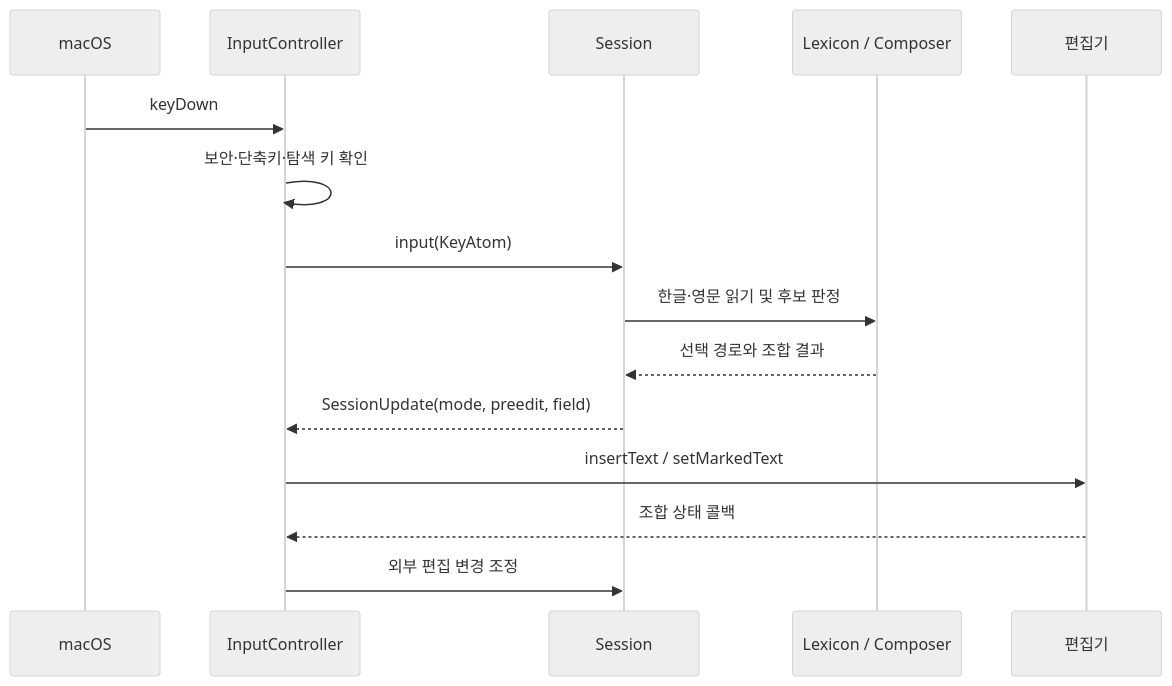
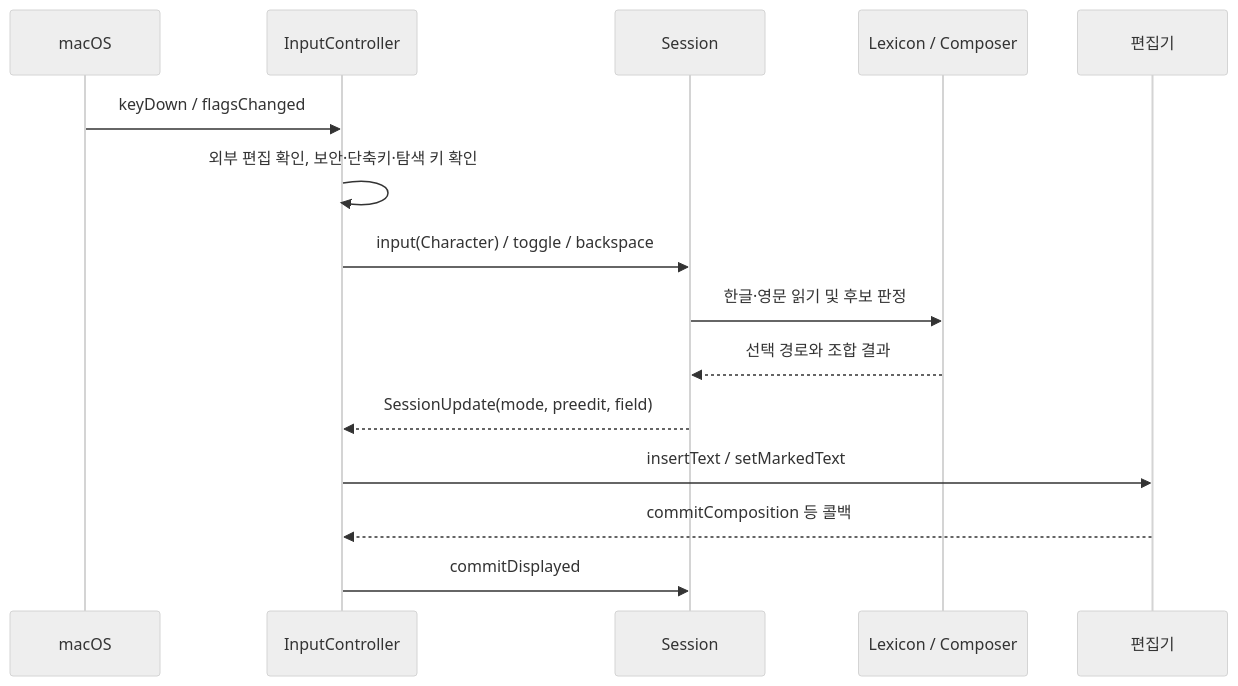
The third of 3 diagrams in docs/core.md (iasandcb/seto), drawn with Mermaid (neutral theme) before and after one commit. The commit also changed other lines of this file and 7 other files, not shown here.

````diff
--- a/docs/core.md
+++ b/docs/core.md
@@ -81,17 +100,17 @@
 ```mermaid
 sequenceDiagram
     participant OS as macOS
     participant IC as InputController
     participant S as Session
     participant L as Lexicon / Composer
     participant App as 편집기
-    OS->>IC: keyDown
-    IC->>IC: 보안·단축키·탐색 키 확인
-    IC->>S: input(KeyAtom)
+    OS->>IC: keyDown / flagsChanged
+    IC->>IC: 외부 편집 확인, 보안·단축키·탐색 키 확인
+    IC->>S: input(Character) / toggle / backspace
     S->>L: 한글·영문 읽기 및 후보 판정
     L-->>S: 선택 경로와 조합 결과
     S-->>IC: SessionUpdate(mode, preedit, field)
     IC->>App: insertText / setMarkedText
-    App-->>IC: 조합 상태 콜백
-    IC->>S: 외부 편집 변경 조정
+    App-->>IC: commitComposition 등 콜백
+    IC->>S: commitDisplayed
 ```
````
